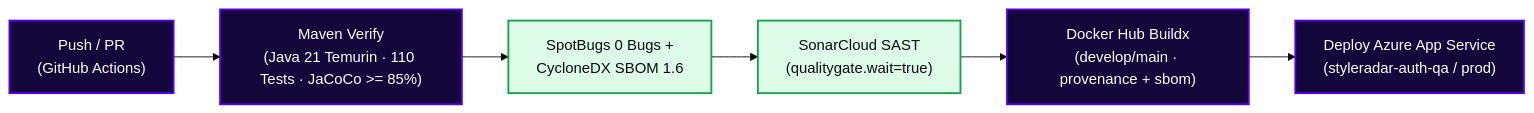
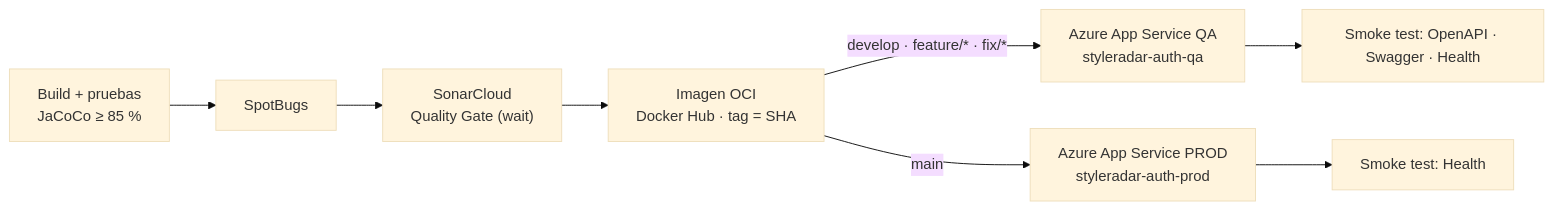
One commit to StyleRadar1/CADCHE-Authentication-Service changed the second of 2 diagrams in README.md. Above: the diagram before and after it, drawn with Mermaid (base theme). The commit also changed other lines of this file, not shown here.

First line of the commit message:
docs(auth): actualizar readme con la plantilla y el estado real del codigo

````diff
--- a/README.md
+++ b/README.md
@@ -794,14 +430,8 @@
 ```mermaid
 flowchart LR
-    A["Push / PR<br>(GitHub Actions)"] --> B["Maven Verify<br>(Java 21 Temurin · 110 Tests · JaCoCo >= 85%)"]
-    B --> C["SpotBugs 0 Bugs +<br>CycloneDX SBOM 1.6"]
-    C --> D["SonarCloud SAST<br>(qualitygate.wait=true)"]
-    D --> E["Docker Hub Buildx<br>(develop/main · provenance + sbom)"]
-    E --> F["Deploy Azure App Service<br>(styleradar-auth-qa / prod)"]
-
-    classDef step fill:#12063A,stroke:#5600EF,stroke-width:2px,color:#FFFFFF;
-    classDef pass fill:#DCFCE7,stroke:#16A34A,stroke-width:2px,color:#0C0C12;
-
-    class A,B,E,F step;
-    class C,D pass;
+    A["Build + pruebas<br>JaCoCo ≥ 85 %"] --> B["SpotBugs"] --> C["SonarCloud<br>Quality Gate (wait)"] --> D["Imagen OCI<br>Docker Hub · tag = SHA"]
+    D -->|develop · feature/* · fix/*| E["Azure App Service QA<br>styleradar-auth-qa"]
+    D -->|main| F["Azure App Service PROD<br>styleradar-auth-prod"]
+    E --> G["Smoke test: OpenAPI · Swagger · Health"]
+    F --> H["Smoke test: Health"]
 ```
````
